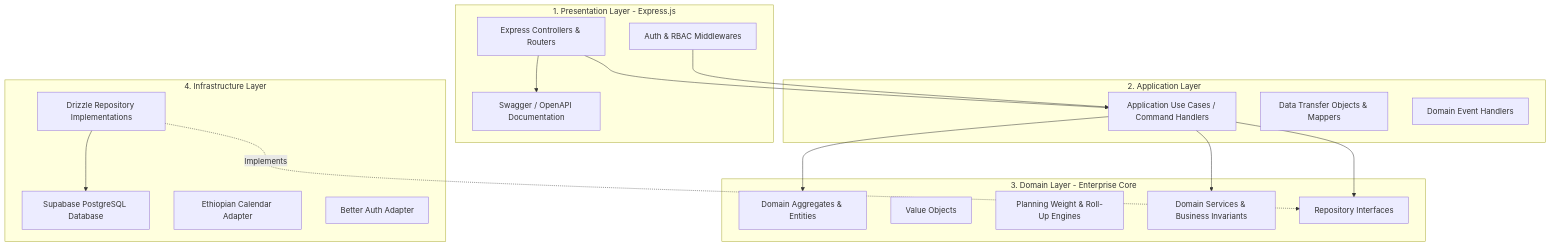
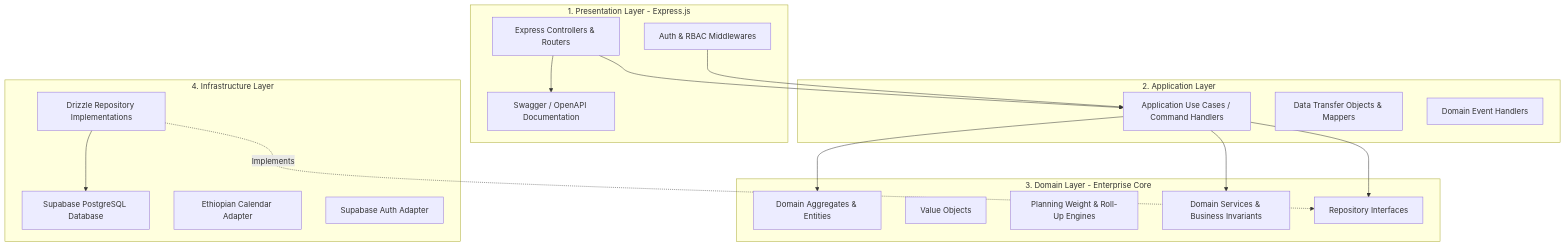
Before and after one commit to Hitsanat-Kfl/hitsanat: the second of 2 diagrams in docs/architecture/system-architecture.md, drawn with Mermaid. The commit also changed other lines of this file and 66 other files, not shown here.

First line of the commit message:
feat(auth): complete Supabase auth migration and leadership governance (BR-007/008/009)

````diff
--- a/docs/architecture/system-architecture.md
+++ b/docs/architecture/system-architecture.md
@@ -79,38 +80,38 @@
 ```mermaid
 graph TD
     subgraph Presentation Layer [1. Presentation Layer - Express.js]
         Controllers[Express Controllers & Routers]
         Middlewares[Auth & RBAC Middlewares]
         OpenAPI[Swagger / OpenAPI Documentation]
     end
 
     subgraph Application Layer [2. Application Layer]
         UseCases[Application Use Cases / Command Handlers]
         DTOs[Data Transfer Objects & Mappers]
         EventHandlers[Domain Event Handlers]
     end
 
     subgraph Domain Layer [3. Domain Layer - Enterprise Core]
         Aggregates[Domain Aggregates & Entities]
         ValueObjects[Value Objects]
         CalcEngines[Planning Weight & Roll-Up Engines]
         DomainServices[Domain Services & Business Invariants]
         RepoInterfaces[Repository Interfaces]
     end
 
     subgraph Infrastructure Layer [4. Infrastructure Layer]
         DrizzleRepos[Drizzle Repository Implementations]
         Postgres[Supabase PostgreSQL Database]
         CalendarAdapter[Ethiopian Calendar Adapter]
-        AuthAdapter[Better Auth Adapter]
+        AuthAdapter[Supabase Auth Adapter]
     end
 
     Controllers --> UseCases
     Middlewares --> UseCases
     UseCases --> Aggregates
     UseCases --> DomainServices
     UseCases --> RepoInterfaces
     DrizzleRepos -.->|Implements| RepoInterfaces
     DrizzleRepos --> Postgres
     Controllers --> OpenAPI
 ```
````
